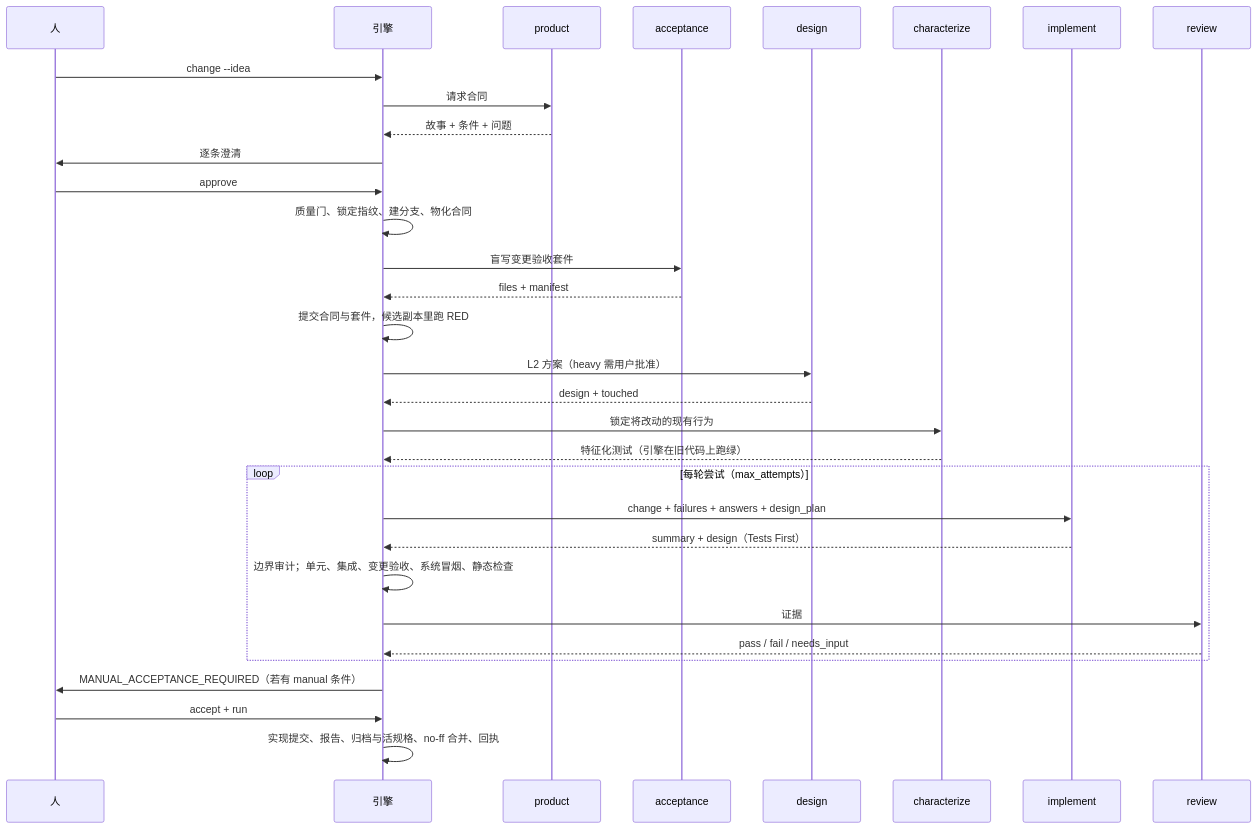
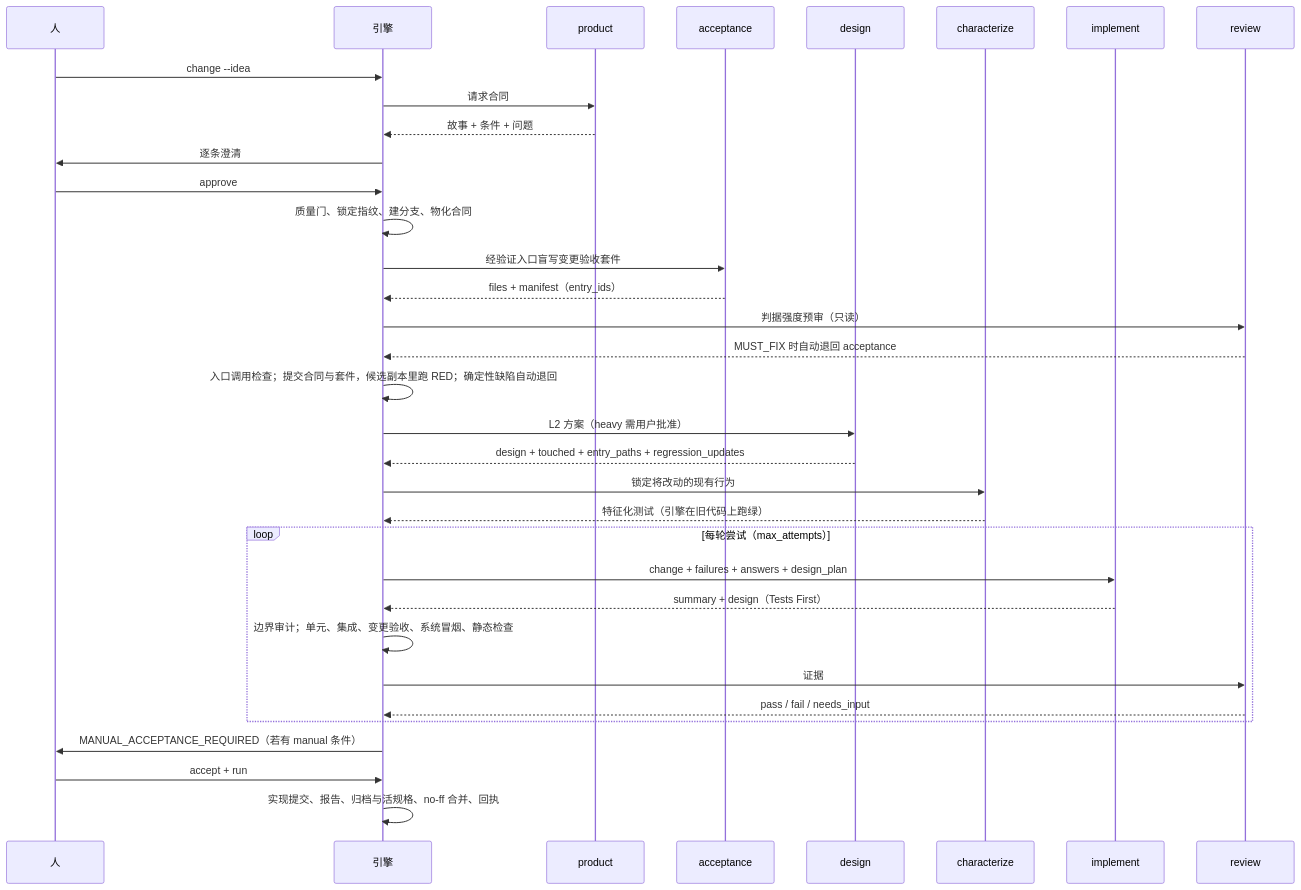
The diagram in docs/concepts.md (jinlin725168-ai/storyloop), drawn with Mermaid before and after one commit. The commit also changed other lines of this file and 4 other files, not shown here.

````diff
--- a/docs/concepts.md
+++ b/docs/concepts.md
@@ -122,34 +127,36 @@
 ```mermaid
 sequenceDiagram
     participant U as 人
     participant E as 引擎
     participant P as product
     participant S as acceptance
     participant D as design
     participant C as characterize
     participant I as implement
     participant R as review
     U->>E: change --idea
     E->>P: 请求合同
     P-->>E: 故事 + 条件 + 问题
     E->>U: 逐条澄清
     U->>E: approve
     E->>E: 质量门、锁定指纹、建分支、物化合同
-    E->>S: 盲写变更验收套件
-    S-->>E: files + manifest
-    E->>E: 提交合同与套件，候选副本里跑 RED
+    E->>S: 经验证入口盲写变更验收套件
+    S-->>E: files + manifest（entry_ids）
+    E->>R: 判据强度预审（只读）
+    R-->>E: MUST_FIX 时自动退回 acceptance
+    E->>E: 入口调用检查；提交合同与套件，候选副本里跑 RED；确定性缺陷自动退回
     E->>D: L2 方案（heavy 需用户批准）
-    D-->>E: design + touched
+    D-->>E: design + touched + entry_paths + regression_updates
     E->>C: 锁定将改动的现有行为
     C-->>E: 特征化测试（引擎在旧代码上跑绿）
     loop 每轮尝试（max_attempts）
         E->>I: change + failures + answers + design_plan
         I-->>E: summary + design（Tests First）
         E->>E: 边界审计；单元、集成、变更验收、系统冒烟、静态检查
         E->>R: 证据
         R-->>E: pass / fail / needs_input
     end
     E->>U: MANUAL_ACCEPTANCE_REQUIRED（若有 manual 条件）
     U->>E: accept + run
     E->>E: 实现提交、报告、归档与活规格、no-ff 合并、回执
 ```
````
